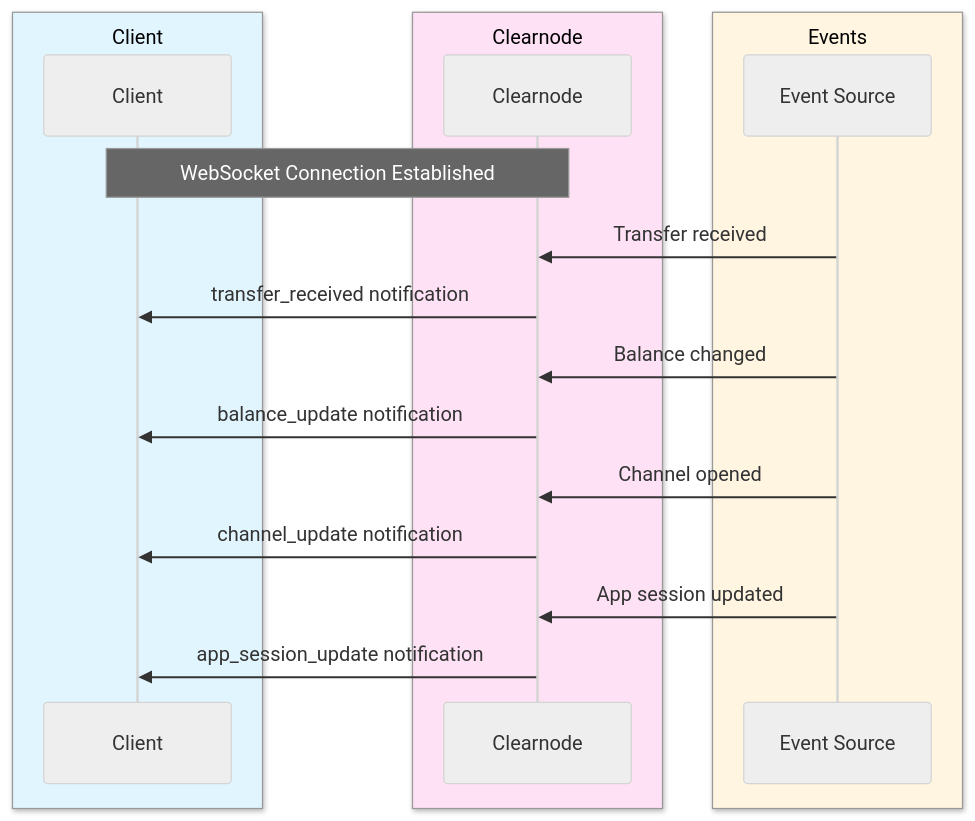
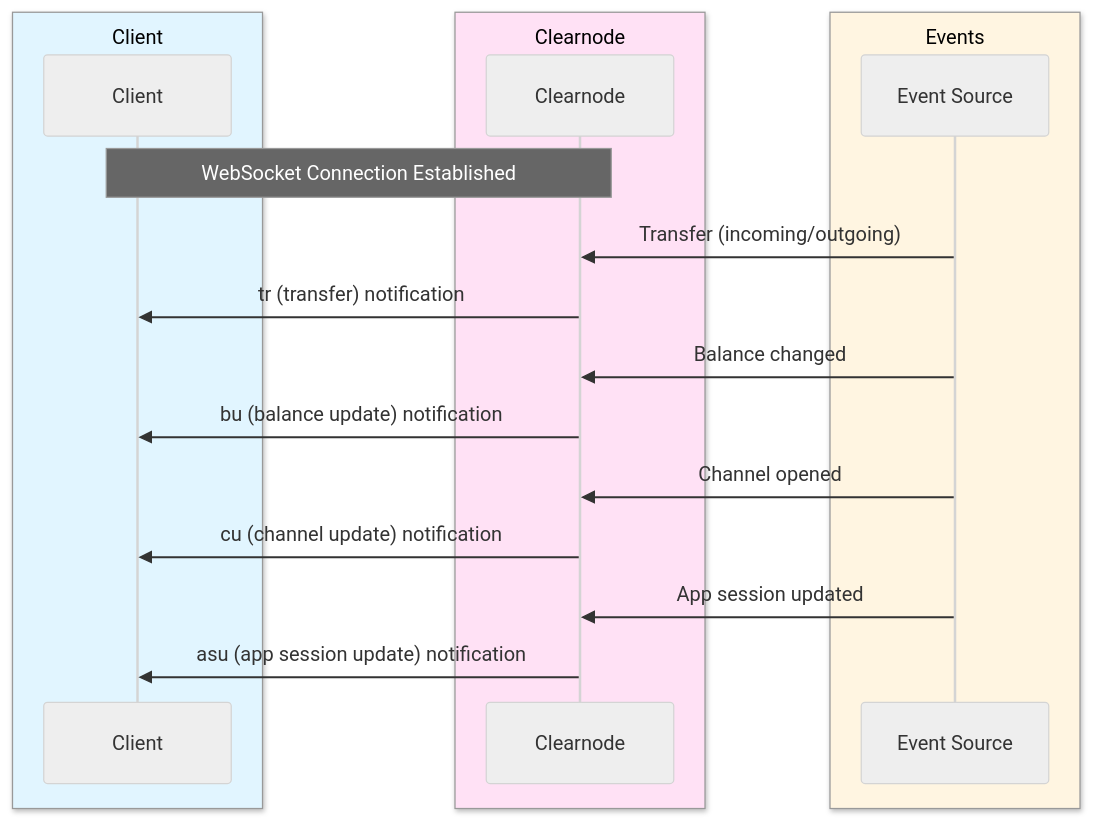
One commit to layer-3/docs changed the diagram in docs/protocol/off-chain/queries.mdx. Above: the diagram before and after it, drawn with Mermaid (neutral theme). The commit also changed other lines of this file and 2 other files, not shown here.

````diff
--- a/docs/protocol/off-chain/queries.mdx
+++ b/docs/protocol/off-chain/queries.mdx
@@ -532,27 +597,27 @@
 ```mermaid
 sequenceDiagram
     box rgb(225,245,255) Client
         participant Client
     end
     box rgb(255,225,245) Clearnode
         participant Clearnode
     end
     box rgb(255,245,225) Events
         participant Event as Event Source
     end
 
     Note over Client,Clearnode: WebSocket Connection Established
 
-    Event->>Clearnode: Transfer received
-    Clearnode->>Client: transfer_received notification
+    Event->>Clearnode: Transfer (incoming/outgoing)
+    Clearnode->>Client: tr (transfer) notification
 
     Event->>Clearnode: Balance changed
-    Clearnode->>Client: balance_update notification
+    Clearnode->>Client: bu (balance update) notification
 
     Event->>Clearnode: Channel opened
-    Clearnode->>Client: channel_update notification
+    Clearnode->>Client: cu (channel update) notification
 
     Event->>Clearnode: App session updated
-    Clearnode->>Client: app_session_update notification
+    Clearnode->>Client: asu (app session update) notification
 
 ```
````
